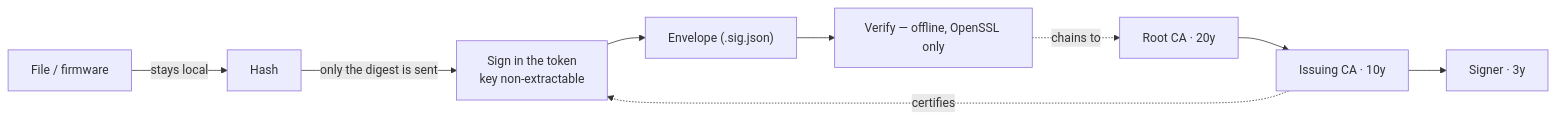
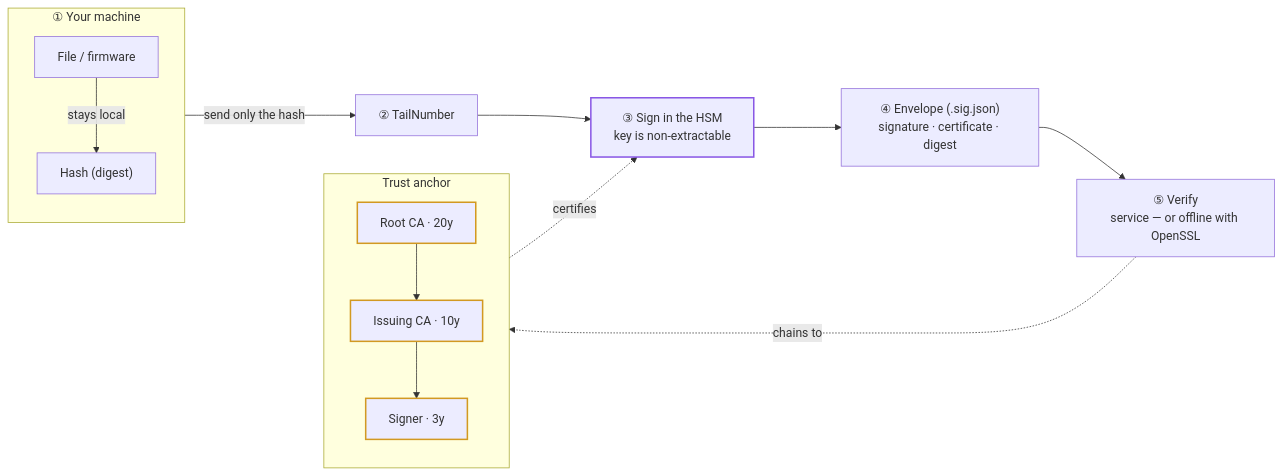
One commit to rayketcham-lab/tailnumber changed the diagram in README.md. Above: the diagram before and after it, drawn with Mermaid. The commit also changed other lines of this file and 4 other files, not shown here.

First line of the commit message:
Un-retire the public demo; add a step-by-step OpenSSL walkthrough

````diff
--- a/README.md
+++ b/README.md
@@ -135,10 +238,22 @@
 ```mermaid
 flowchart LR
-  F["File / firmware"] -->|"stays local"| H["Hash"]
-  H -->|"only the digest is sent"| S["Sign in the token<br/>key non-extractable"]
-  S --> E["Envelope (.sig.json)"]
-  E --> V["Verify — offline, OpenSSL only"]
-  R["Root CA · 20y"] --> I["Issuing CA · 10y"] --> L["Signer · 3y"]
-  I -. certifies .-> S
-  V -. chains to .-> R
+  subgraph IN["① Your machine"]
+    direction TB
+    F["File / firmware"]
+    H["Hash (digest)"]
+    F -->|"stays local"| H
+  end
+  H -->|"send only the hash"| API["② TailNumber"]
+  API --> HSM["③ Sign in the HSM<br/>key is non-extractable"]
+  HSM --> ENV["④ Envelope (.sig.json)<br/>signature · certificate · digest"]
+  ENV --> VER["⑤ Verify<br/>service — or offline with OpenSSL"]
+  subgraph CA["Trust anchor"]
+    R["Root CA · 20y"] --> IS["Issuing CA · 10y"] --> LC["Signer · 3y"]
+  end
+  CA -. certifies .-> HSM
+  VER -. chains to .-> CA
+  classDef anchor stroke:#d29922,stroke-width:2px;
+  classDef hw stroke:#8957e5,stroke-width:2px;
+  class R,IS,LC anchor;
+  class HSM hw;
 ```
````
